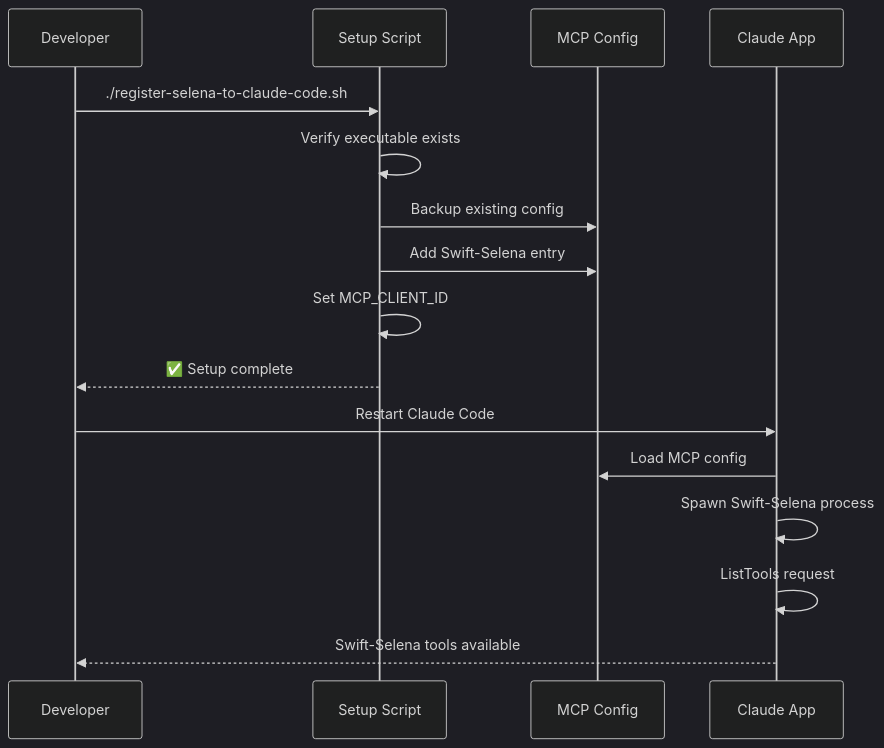
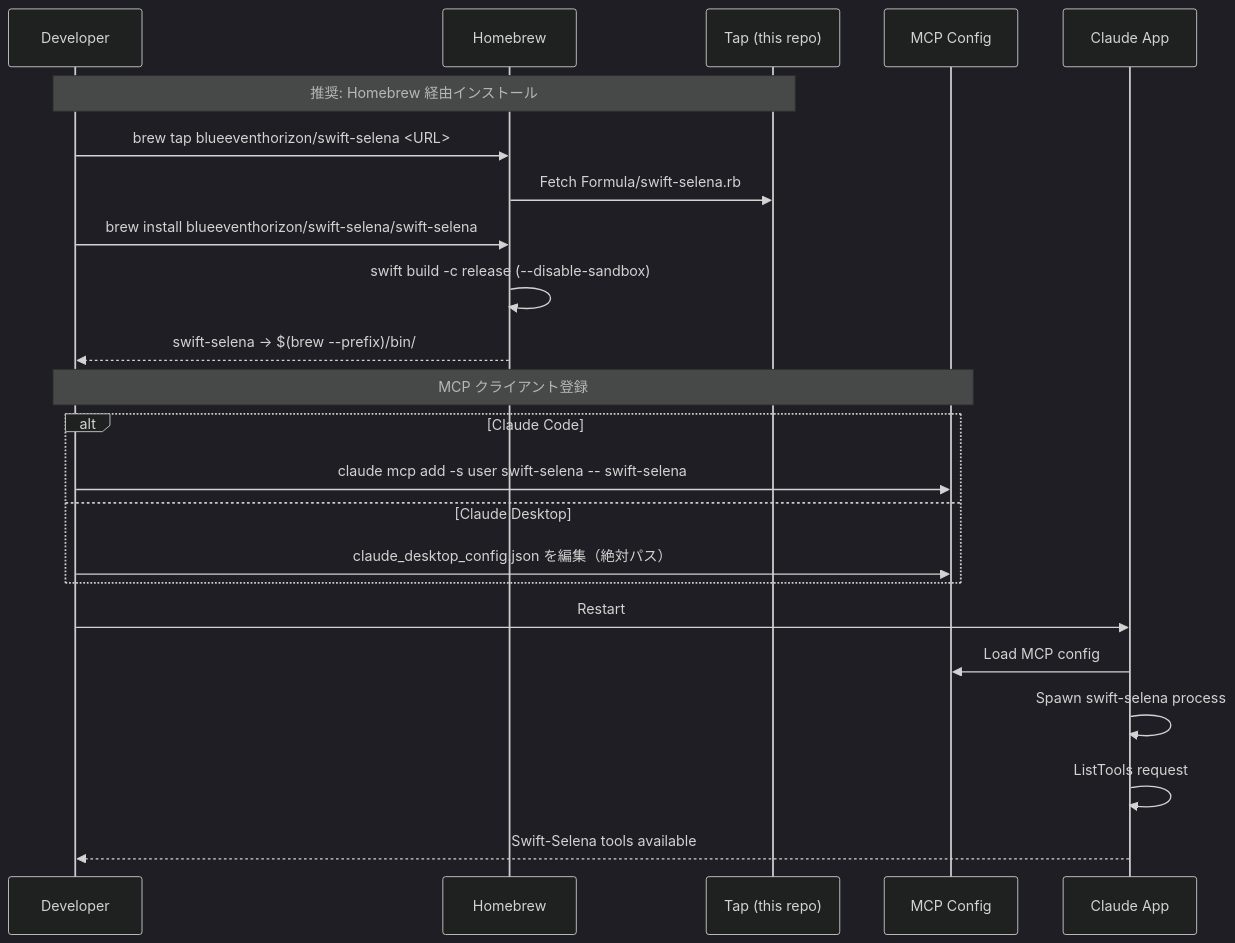
One commit to BlueEventHorizon/Swift-Selena changed diagram 23 of 26 in project/main/design/DES-101_System_Architecture.md. Above: the diagram before and after it, drawn with Mermaid (dark theme). The commit also changed other lines of this file and 3 other files, not shown here.

````diff
--- a/project/main/design/DES-101_System_Architecture.md
+++ b/project/main/design/DES-101_System_Architecture.md
@@ -939,20 +941,30 @@
 ```mermaid
 sequenceDiagram
     participant Dev as Developer
-    participant Script as Setup Script
+    participant Brew as Homebrew
+    participant Repo as Tap (this repo)
     participant Config as MCP Config
     participant Claude as Claude App
 
-    Dev->>Script: ./register-selena-to-claude-code.sh
-    Script->>Script: Verify executable exists
-    Script->>Config: Backup existing config
-    Script->>Config: Add Swift-Selena entry
-    Script->>Script: Set MCP_CLIENT_ID
-    Script-->>Dev: ✅ Setup complete
+    Note over Dev,Repo: 推奨: Homebrew 経由インストール
 
-    Dev->>Claude: Restart Claude Code
+    Dev->>Brew: brew tap blueeventhorizon/swift-selena <URL>
+    Brew->>Repo: Fetch Formula/swift-selena.rb
+    Dev->>Brew: brew install blueeventhorizon/swift-selena/swift-selena
+    Brew->>Brew: swift build -c release (--disable-sandbox)
+    Brew-->>Dev: swift-selena → $(brew --prefix)/bin/
+
+    Note over Dev,Config: MCP クライアント登録
+
+    alt Claude Code
+        Dev->>Config: claude mcp add -s user swift-selena -- swift-selena
+    else Claude Desktop
+        Dev->>Config: claude_desktop_config.json を編集（絶対パス）
+    end
+
+    Dev->>Claude: Restart
     Claude->>Config: Load MCP config
-    Claude->>Claude: Spawn Swift-Selena process
+    Claude->>Claude: Spawn swift-selena process
     Claude->>Claude: ListTools request
     Claude-->>Dev: Swift-Selena tools available
 ```
````
